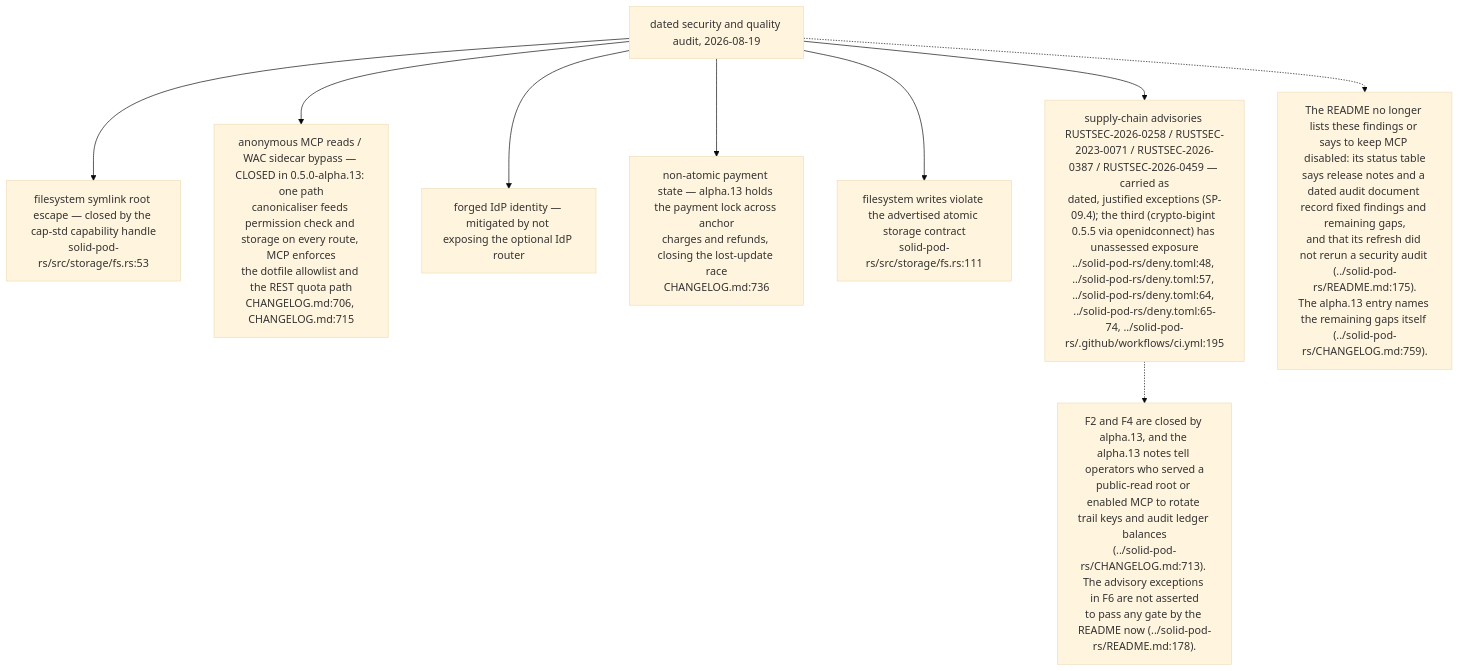
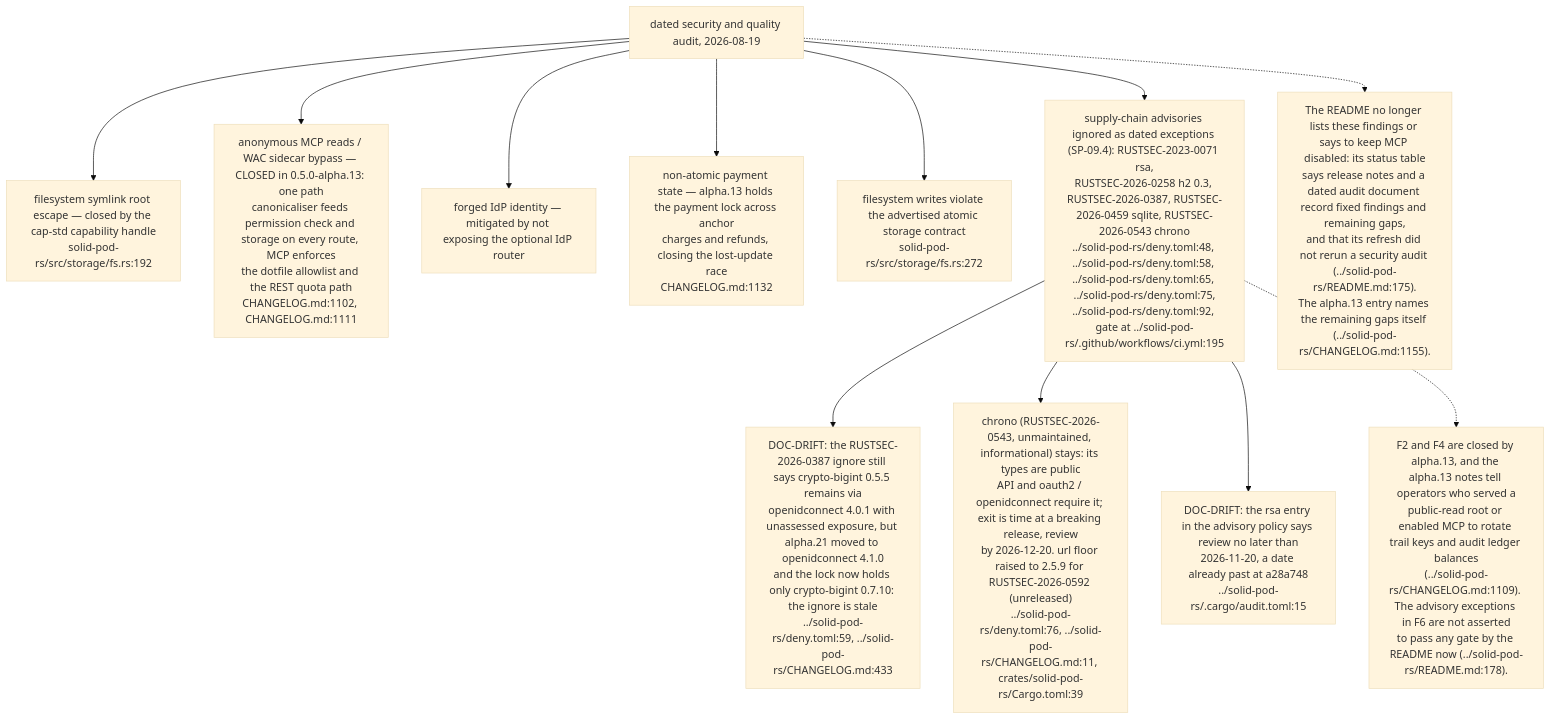
Before and after one commit to DreamLab-AI/VisionFlow: the eighth of 13 diagrams in docs/diagrams/solid-pod-rs/10-failure-modes-and-invariants.md, drawn with Mermaid (base theme). The commit also changed other lines of this file and 2 other files, not shown here.

First line of the commit message:
docs(diagrams): SP-07, SP-10, SP-15 re-verified at solid-pod-rs a28a748

````diff
--- a/docs/diagrams/solid-pod-rs/10-failure-modes-and-invariants.md
+++ b/docs/diagrams/solid-pod-rs/10-failure-modes-and-invariants.md
@@ -245,22 +252,28 @@
 ```mermaid
 flowchart TD
     A["dated security and quality audit, 2026-08-19"]
-    F1["filesystem symlink root escape — closed by the cap-std capability handle<br/>solid-pod-rs/src/storage/fs.rs:53"]
-    F2["anonymous MCP reads / WAC sidecar bypass — CLOSED in 0.5.0-alpha.13: one path<br/>canonicaliser feeds permission check and storage on every route, MCP enforces<br/>the dotfile allowlist and the REST quota path<br/>CHANGELOG.md:706, CHANGELOG.md:715"]
+    F1["filesystem symlink root escape — closed by the cap-std capability handle<br/>solid-pod-rs/src/storage/fs.rs:192"]
+    F2["anonymous MCP reads / WAC sidecar bypass — CLOSED in 0.5.0-alpha.13: one path<br/>canonicaliser feeds permission check and storage on every route, MCP enforces<br/>the dotfile allowlist and the REST quota path<br/>CHANGELOG.md:1102, CHANGELOG.md:1111"]
     F3["forged IdP identity — mitigated by not exposing the optional IdP router"]
-    F4["non-atomic payment state — alpha.13 holds the payment lock across anchor<br/>charges and refunds, closing the lost-update race<br/>CHANGELOG.md:736"]
-    F5["filesystem writes violate the advertised atomic storage contract<br/>solid-pod-rs/src/storage/fs.rs:111"]
-    F6["supply-chain advisories RUSTSEC-2026-0258 / RUSTSEC-2023-0071 / RUSTSEC-2026-0387 / RUSTSEC-2026-0459 — carried as<br/>dated, justified exceptions (SP-09.4); the third (crypto-bigint 0.5.5 via openidconnect) has unassessed exposure<br/>../solid-pod-rs/deny.toml:48, ../solid-pod-rs/deny.toml:57, ../solid-pod-rs/deny.toml:64, ../solid-pod-rs/deny.toml:65-74, ../solid-pod-rs/.github/workflows/ci.yml:195"]
+    F4["non-atomic payment state — alpha.13 holds the payment lock across anchor<br/>charges and refunds, closing the lost-update race<br/>CHANGELOG.md:1132"]
+    F5["filesystem writes violate the advertised atomic storage contract<br/>solid-pod-rs/src/storage/fs.rs:272"]
+    F6["supply-chain advisories ignored as dated exceptions (SP-09.4): RUSTSEC-2023-0071 rsa,<br/>RUSTSEC-2026-0258 h2 0.3, RUSTSEC-2026-0387, RUSTSEC-2026-0459 sqlite, RUSTSEC-2026-0543 chrono<br/>../solid-pod-rs/deny.toml:48, ../solid-pod-rs/deny.toml:58, ../solid-pod-rs/deny.toml:65, ../solid-pod-rs/deny.toml:75,<br/>../solid-pod-rs/deny.toml:92, gate at ../solid-pod-rs/.github/workflows/ci.yml:195"]
+    F6a["DOC-DRIFT: the RUSTSEC-2026-0387 ignore still says crypto-bigint 0.5.5 remains via<br/>openidconnect 4.0.1 with unassessed exposure, but alpha.21 moved to openidconnect 4.1.0<br/>and the lock now holds only crypto-bigint 0.7.10: the ignore is stale<br/>../solid-pod-rs/deny.toml:59, ../solid-pod-rs/CHANGELOG.md:433"]
+    F6b["chrono (RUSTSEC-2026-0543, unmaintained, informational) stays: its types are public<br/>API and oauth2 / openidconnect require it; exit is time at a breaking release, review<br/>by 2026-12-20. url floor raised to 2.5.9 for RUSTSEC-2026-0592 (unreleased)<br/>../solid-pod-rs/deny.toml:76, ../solid-pod-rs/CHANGELOG.md:11, crates/solid-pod-rs/Cargo.toml:39"]
+    F6c["DOC-DRIFT: the rsa entry in the advisory policy says review no later than<br/>2026-11-20, a date already past at a28a748<br/>../solid-pod-rs/.cargo/audit.toml:15"]
 
     A --> F1
     A --> F2
     A --> F3
     A --> F4
     A --> F5
     A --> F6
+    F6 --> F6a
+    F6 --> F6b
+    F6 --> F6c
 
-    N["The README no longer lists these findings or says to keep MCP disabled: its status table<br/>says release notes and a dated audit document record fixed findings and remaining gaps,<br/>and that its refresh did not rerun a security audit (../solid-pod-rs/README.md:175).<br/>The alpha.13 entry names the remaining gaps itself (../solid-pod-rs/CHANGELOG.md:759)."]
+    N["The README no longer lists these findings or says to keep MCP disabled: its status table<br/>says release notes and a dated audit document record fixed findings and remaining gaps,<br/>and that its refresh did not rerun a security audit (../solid-pod-rs/README.md:175).<br/>The alpha.13 entry names the remaining gaps itself (../solid-pod-rs/CHANGELOG.md:1155)."]
     A -.-> N
-    N2["F2 and F4 are closed by alpha.13, and the alpha.13 notes tell operators who served a<br/>public-read root or enabled MCP to rotate trail keys and audit ledger balances<br/>(../solid-pod-rs/CHANGELOG.md:713). The advisory exceptions in F6 are not asserted<br/>to pass any gate by the README now (../solid-pod-rs/README.md:178)."]
+    N2["F2 and F4 are closed by alpha.13, and the alpha.13 notes tell operators who served a<br/>public-read root or enabled MCP to rotate trail keys and audit ledger balances<br/>(../solid-pod-rs/CHANGELOG.md:1109). The advisory exceptions in F6 are not asserted<br/>to pass any gate by the README now (../solid-pod-rs/README.md:178)."]
     F6 -.-> N2
 ```
````
